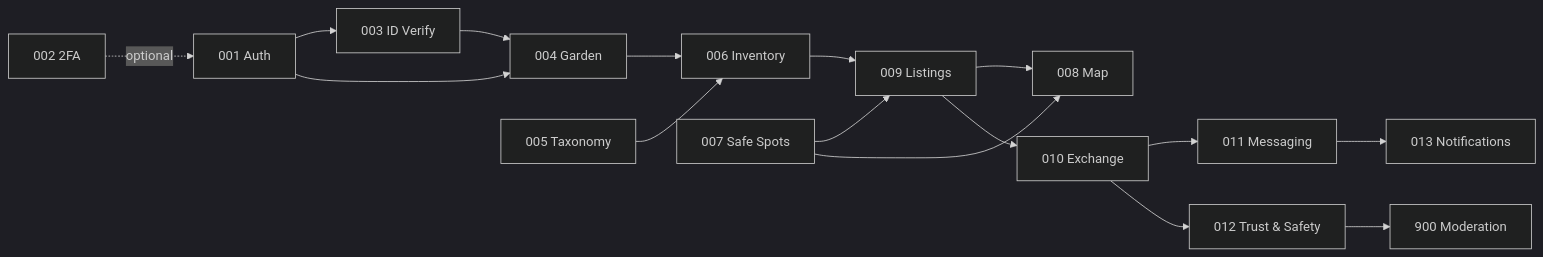
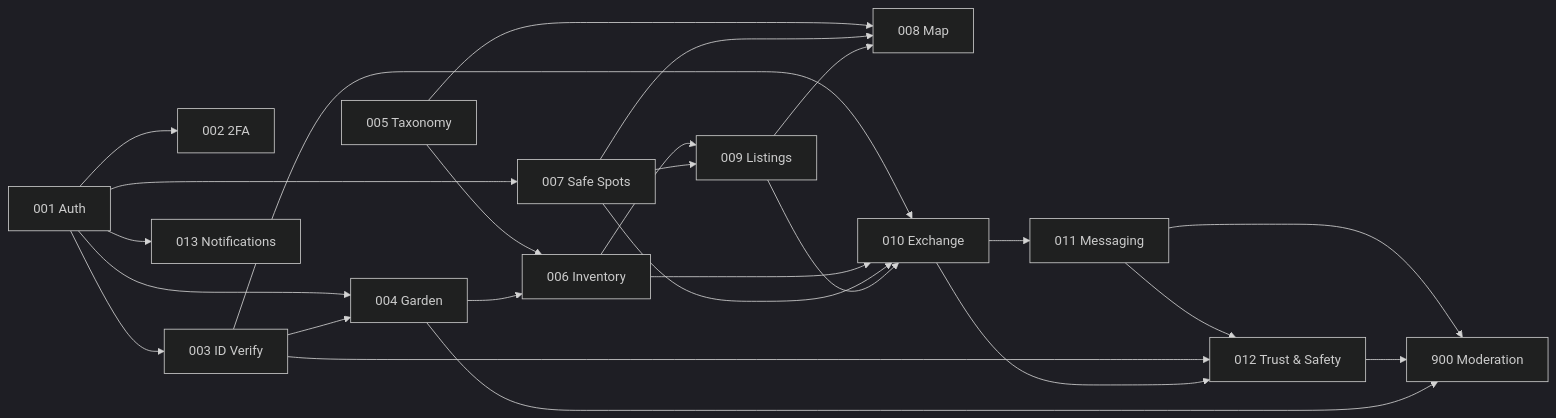
The diagram in docs/03-specs/README.md (corbui317/sharecropr), drawn with Mermaid (dark theme) before and after one commit. The commit also changed other lines of this file and 43 other files, not shown here.

First line of the commit message:
docs: workflow-architect review, fixes, and development notes

````diff
--- a/docs/03-specs/README.md
+++ b/docs/03-specs/README.md
@@ -62,18 +77,27 @@
 ```mermaid
 flowchart LR
-    S001[001 Auth] --> S003[003 ID Verify]
+    S001[001 Auth] --> S002[002 2FA]
+    S001 --> S003[003 ID Verify]
     S001 --> S004[004 Garden]
     S003 --> S004
+    S001 --> S007[007 Safe Spots]
+    S001 --> S013[013 Notifications]
     S005[005 Taxonomy] --> S006[006 Inventory]
     S004 --> S006
-    S007[007 Safe Spots] --> S009[009 Listings]
-    S006 --> S009
-    S009 --> S008[008 Map]
+    S006 --> S009[009 Listings]
+    S007 --> S009
+    S005 --> S008[008 Map]
     S007 --> S008
-    S009 --> S010[010 Exchange]
+    S009 --> S008
+    S003 --> S010[010 Exchange]
+    S006 --> S010
+    S007 --> S010
+    S009 --> S010
     S010 --> S011[011 Messaging]
-    S010 --> S012[012 Trust & Safety]
-    S011 --> S013[013 Notifications]
-    S012 --> S900[900 Moderation]
-    S002[002 2FA] -.optional.-> S001
+    S011 --> S012[012 Trust & Safety]
+    S003 --> S012
+    S010 --> S012
+    S011 --> S900[900 Moderation]
+    S012 --> S900
+    S004 --> S900
 ```
````
